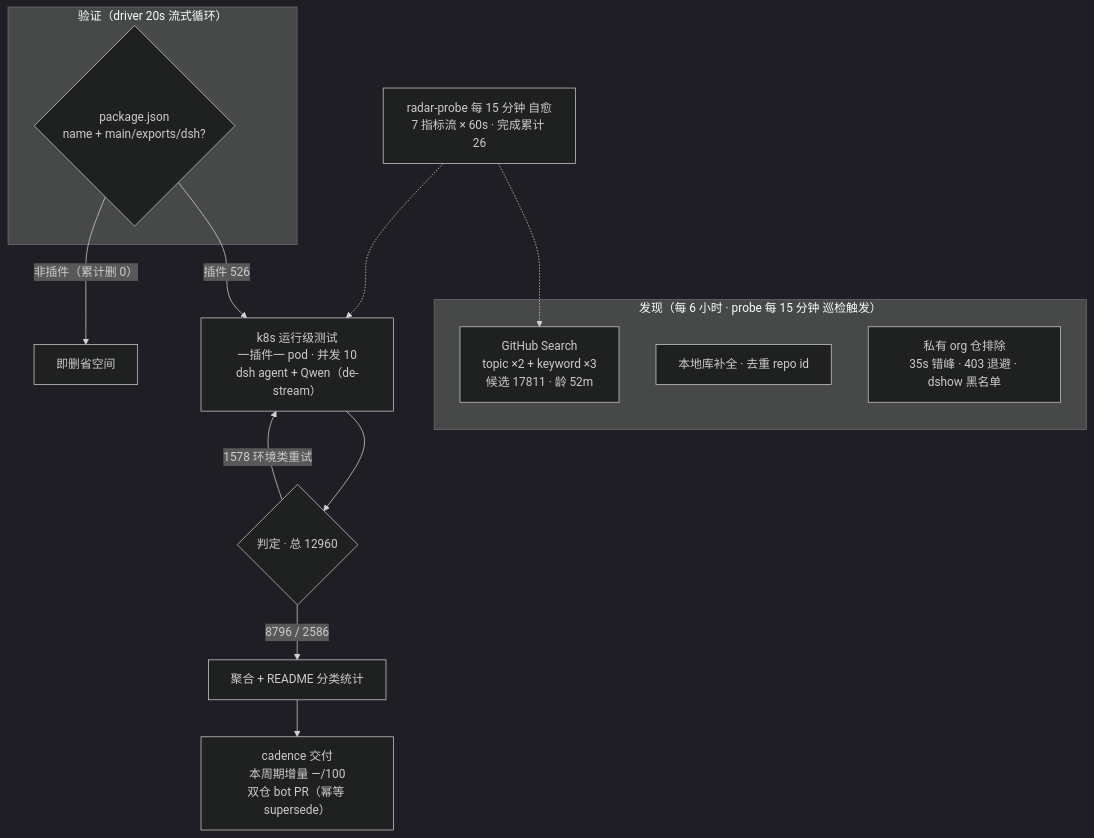
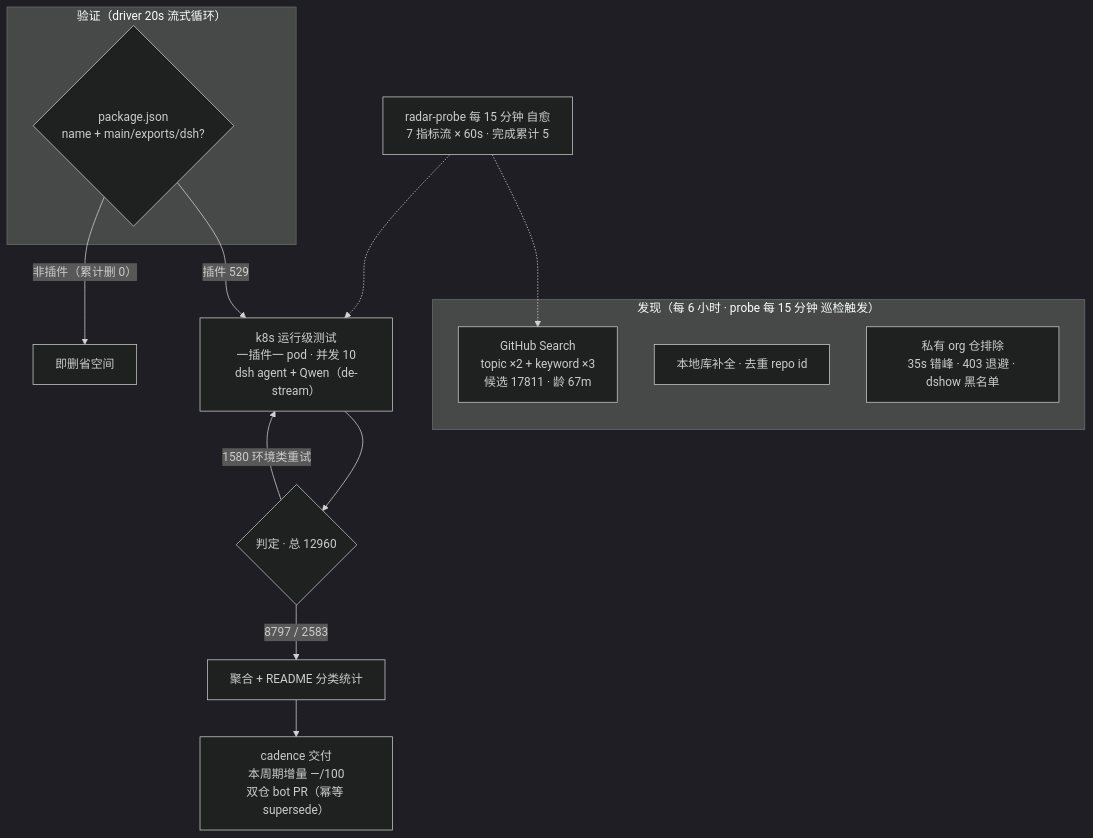
One commit to AdamPlatin123/awesome-dsh-plugins changed the diagram in README.md. Above: the diagram before and after it, drawn with Mermaid (dark theme). The commit also changed other lines of this file and 5 other files, not shown here.

````diff
--- a/README.md
+++ b/README.md
@@ -52,20 +52,20 @@
 ```mermaid
 flowchart TB
     subgraph Discovery["发现（每 6 小时 · probe 每 15 分钟 巡检触发）"]
-        A1["GitHub Search<br/>topic ×2 + keyword ×3<br/>候选 17811 · 龄 52m"]
+        A1["GitHub Search<br/>topic ×2 + keyword ×3<br/>候选 17811 · 龄 67m"]
         A2["本地库补全 · 去重 repo id"]
         A3["私有 org 仓排除<br/>35s 错峰 · 403 退避 · dshow 黑名单"]
     end
     subgraph Validation["验证（driver 20s 流式循环）"]
         B1{"package.json<br/>name + main/exports/dsh?"}
     end
-    B1 -->|"插件 526"| C1["k8s 运行级测试<br/>一插件一 pod · 并发 10<br/>dsh agent + Qwen（de-stream）"]
+    B1 -->|"插件 529"| C1["k8s 运行级测试<br/>一插件一 pod · 并发 10<br/>dsh agent + Qwen（de-stream）"]
     B1 -->|"非插件（累计删 0）"| B3["即删省空间"]
     C1 --> D1{"判定 · 总 12960"}
-    D1 -->|"8796 / 2586"| E1["聚合 + README 分类统计"]
-    D1 -->|"1578 环境类重试"| C1
+    D1 -->|"8797 / 2583"| E1["聚合 + README 分类统计"]
+    D1 -->|"1580 环境类重试"| C1
     E1 --> E2["cadence 交付<br/>本周期增量 —/100<br/>双仓 bot PR（幂等 supersede）"]
-    M["radar-probe 每 15 分钟 自愈<br/>7 指标流 × 60s · 完成累计 26"]
+    M["radar-probe 每 15 分钟 自愈<br/>7 指标流 × 60s · 完成累计 5"]
     M -.-> A1
     M -.-> C1
 ```
````
